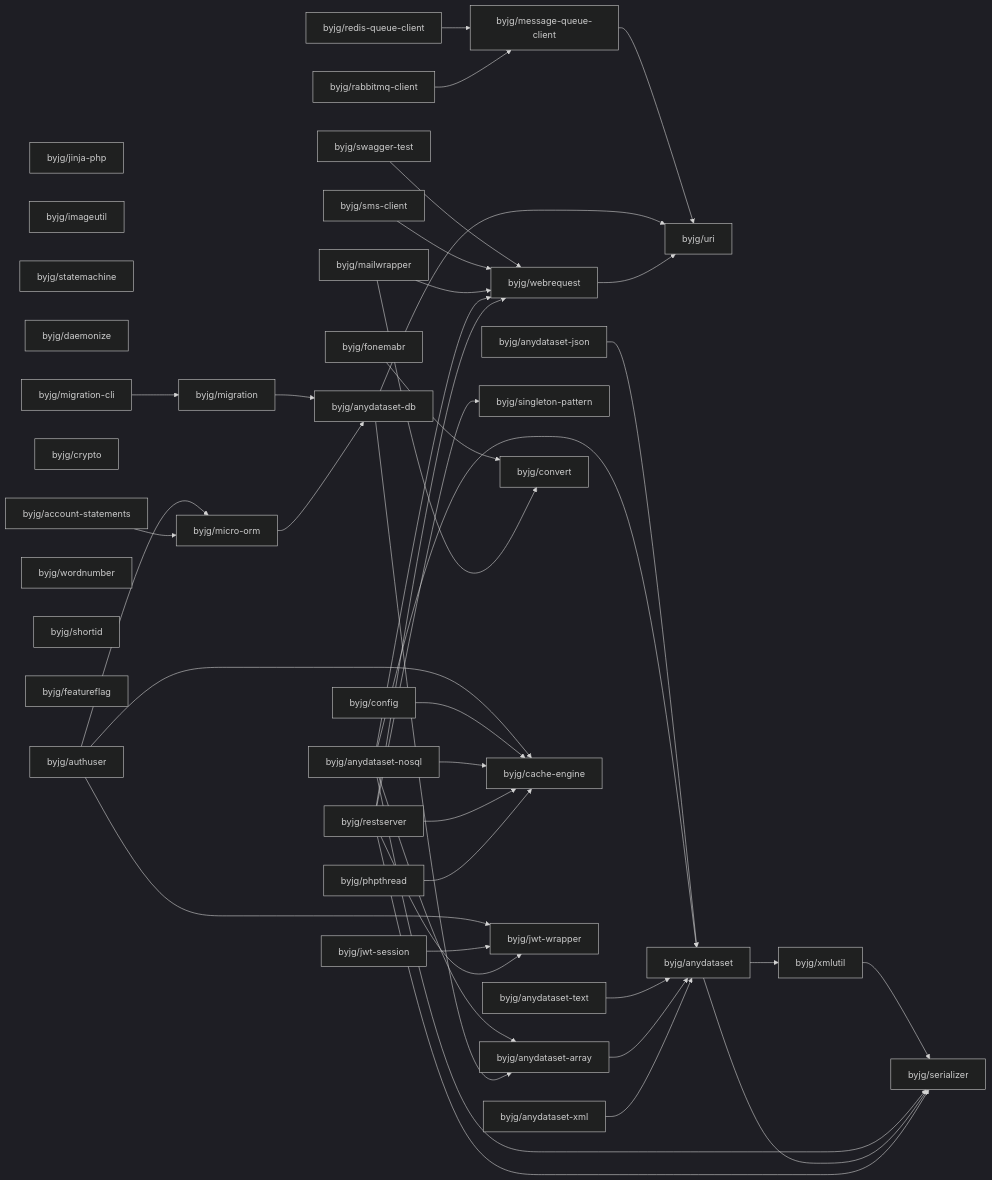
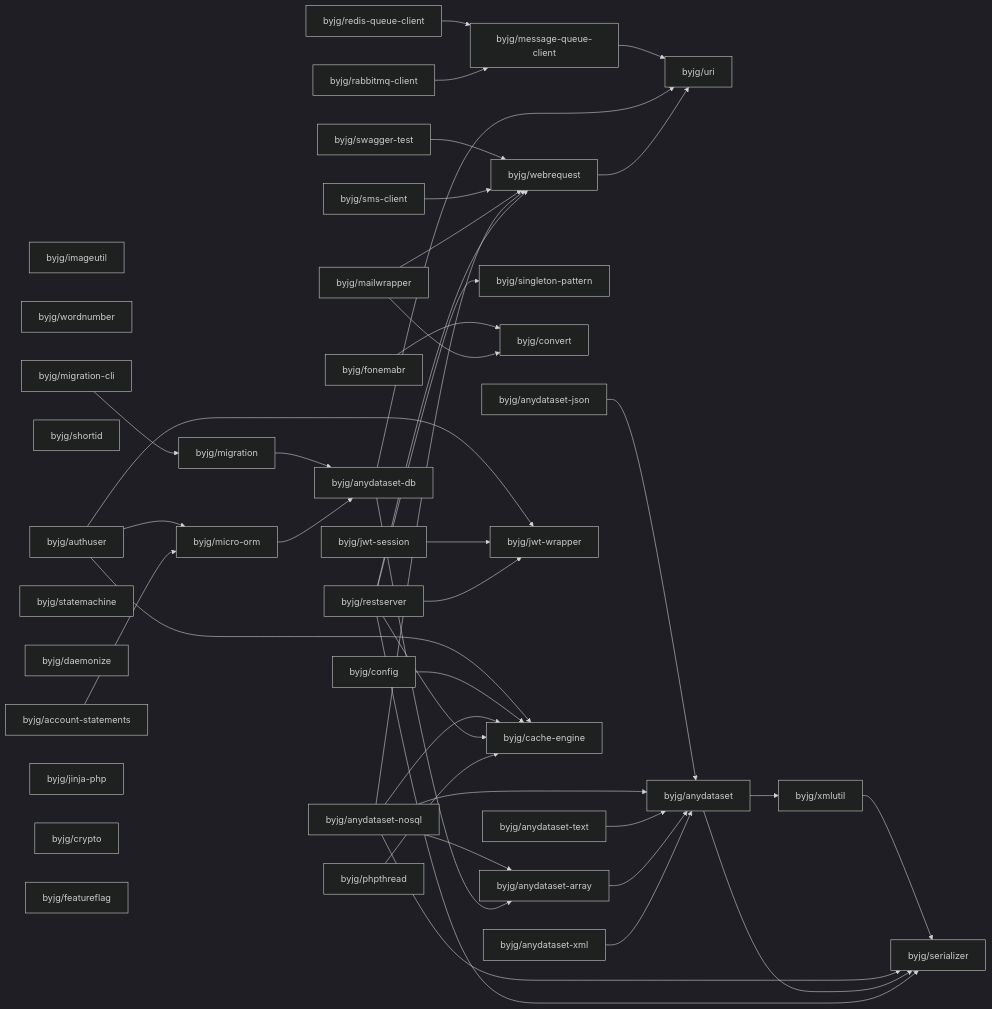
The diagram in docs/php/README.md (byjg/byjg.github.io), drawn with Mermaid (dark theme) before and after one commit. The commit also changed other lines of this file, not shown here.

Commit message:
Update documentation 'php' 'php-anydataset-array'

````diff
--- a/docs/php/README.md
+++ b/docs/php/README.md
@@ -3,80 +3,80 @@
 ```mermaid
 graph LR;
+  byjg/mailwrapper;
+  byjg/anydataset-nosql;
+  byjg/anydataset-json;
+  byjg/restserver;
+  byjg/imageutil;
+  byjg/anydataset-xml;
+  byjg/wordnumber;
+  byjg/swagger-test;
+  byjg/migration-cli;
+  byjg/rabbitmq-client;
+  byjg/shortid;
+  byjg/authuser;
+  byjg/fonemabr;
+  byjg/statemachine;
+  byjg/sms-client;
+  byjg/daemonize;
+  byjg/config;
+  byjg/account-statements;
+  byjg/jinja-php;
+  byjg/jwt-session;
   byjg/anydataset-text;
+  byjg/phpthread;
+  byjg/crypto;
   byjg/redis-queue-client;
-  byjg/jinja-php;
-  byjg/anydataset-json;
-  byjg/sms-client;
-  byjg/config;
-  byjg/imageutil;
-  byjg/statemachine;
-  byjg/rabbitmq-client;
-  byjg/jwt-session;
-  byjg/daemonize;
-  byjg/restserver;
-  byjg/migration-cli;
-  byjg/anydataset-nosql;
-  byjg/swagger-test;
-  byjg/mailwrapper;
-  byjg/anydataset-xml;
-  byjg/crypto;
-  byjg/phpthread;
-  byjg/fonemabr;
-  byjg/authuser;
-  byjg/wordnumber;
-  byjg/shortid;
   byjg/featureflag;
-  byjg/account-statements;
-  byjg/message-queue-client;
   byjg/singleton-pattern;
   byjg/migration;
+  byjg/convert;
   byjg/webrequest;
-  byjg/convert;
+  byjg/micro-orm;
+  byjg/jwt-wrapper;
   byjg/cache-engine;
-  byjg/jwt-wrapper;
-  byjg/micro-orm;
+  byjg/message-queue-client;
   byjg/anydataset-db;
   byjg/anydataset-array;
   byjg/uri;
   byjg/anydataset;
   byjg/xmlutil;
   byjg/serializer;
   byjg/migration --> byjg/anydataset-db;
   byjg/fonemabr --> byjg/convert;
   byjg/swagger-test --> byjg/webrequest;
   byjg/authuser --> byjg/micro-orm;
   byjg/authuser --> byjg/cache-engine;
   byjg/authuser --> byjg/jwt-wrapper;
   byjg/config --> byjg/cache-engine;
   byjg/message-queue-client --> byjg/uri;
   byjg/sms-client --> byjg/webrequest;
   byjg/xmlutil --> byjg/serializer;
   byjg/anydataset-json --> byjg/anydataset;
   byjg/mailwrapper --> byjg/convert;
   byjg/mailwrapper --> byjg/webrequest;
   byjg/anydataset-nosql --> byjg/anydataset;
   byjg/anydataset-nosql --> byjg/anydataset-array;
   byjg/anydataset-nosql --> byjg/serializer;
   byjg/anydataset-nosql --> byjg/webrequest;
   byjg/anydataset-nosql --> byjg/cache-engine;
   byjg/migration-cli --> byjg/migration;
   byjg/redis-queue-client --> byjg/message-queue-client;
   byjg/jwt-session --> byjg/jwt-wrapper;
   byjg/anydataset --> byjg/serializer;
   byjg/anydataset --> byjg/xmlutil;
   byjg/anydataset-db --> byjg/anydataset-array;
   byjg/anydataset-db --> byjg/uri;
   byjg/anydataset-text --> byjg/anydataset;
   byjg/restserver --> byjg/serializer;
   byjg/restserver --> byjg/singleton-pattern;
   byjg/restserver --> byjg/cache-engine;
   byjg/restserver --> byjg/webrequest;
   byjg/restserver --> byjg/jwt-wrapper;
   byjg/account-statements --> byjg/micro-orm;
   byjg/webrequest --> byjg/uri;
   byjg/micro-orm --> byjg/anydataset-db;
   byjg/anydataset-array --> byjg/anydataset;
   byjg/anydataset-xml --> byjg/anydataset;
   byjg/phpthread --> byjg/cache-engine;
   byjg/rabbitmq-client --> byjg/message-queue-client;
 ```
````
